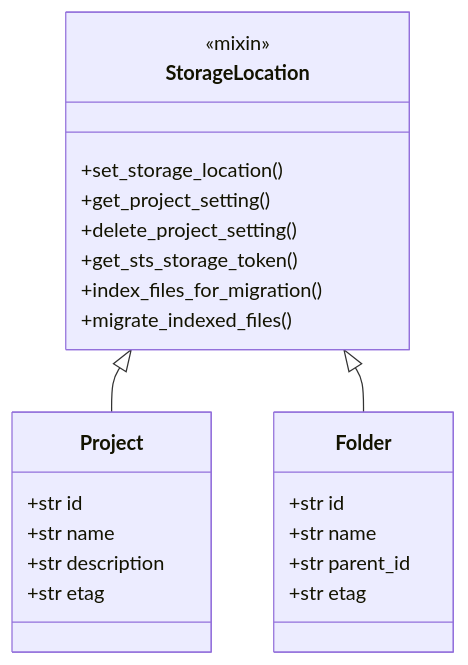
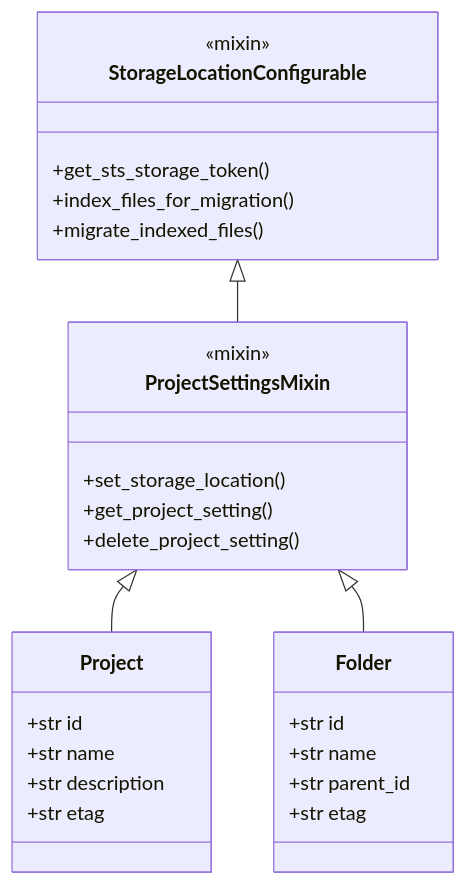
One commit to Sage-Bionetworks/synapsePythonClient changed the fourth of 10 diagrams in docs/explanations/storage_location_architecture.md. Above: the diagram before and after it, drawn with Mermaid. The commit also changed other lines of this file, not shown here.

Commit message:
simplify the diagram

````diff
--- a/docs/explanations/storage_location_architecture.md
+++ b/docs/explanations/storage_location_architecture.md
@@ -312,31 +313,36 @@
 ```mermaid
 classDiagram
     direction TB
 
-    class StorageLocation {
+    class StorageLocationConfigurable {
+        <<mixin>>
+        +get_sts_storage_token()
+        +index_files_for_migration()
+        +migrate_indexed_files()
+    }
+
+    class ProjectSettingsMixin {
         <<mixin>>
         +set_storage_location()
         +get_project_setting()
         +delete_project_setting()
-        +get_sts_storage_token()
-        +index_files_for_migration()
-        +migrate_indexed_files()
     }
 
     class Project {
         +str id
         +str name
         +str description
         +str etag
     }
 
     class Folder {
         +str id
         +str name
         +str parent_id
         +str etag
     }
 
-    StorageLocation <|-- Project
-    StorageLocation <|-- Folder
+    StorageLocationConfigurable <|-- ProjectSettingsMixin
+    ProjectSettingsMixin <|-- Project
+    ProjectSettingsMixin <|-- Folder
 ```
````
